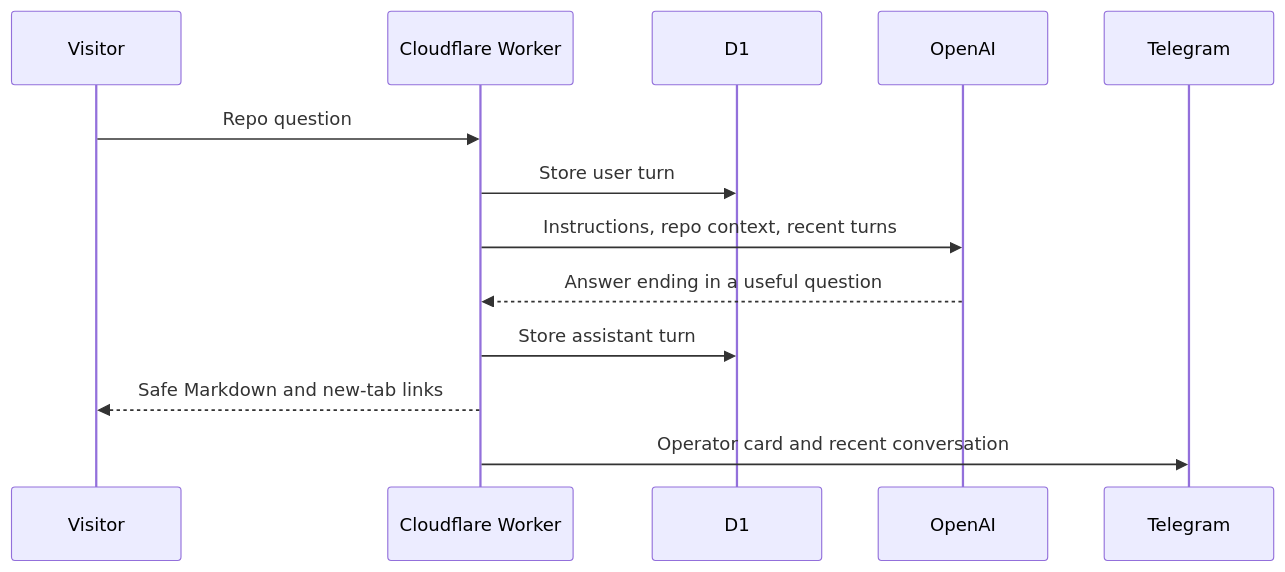
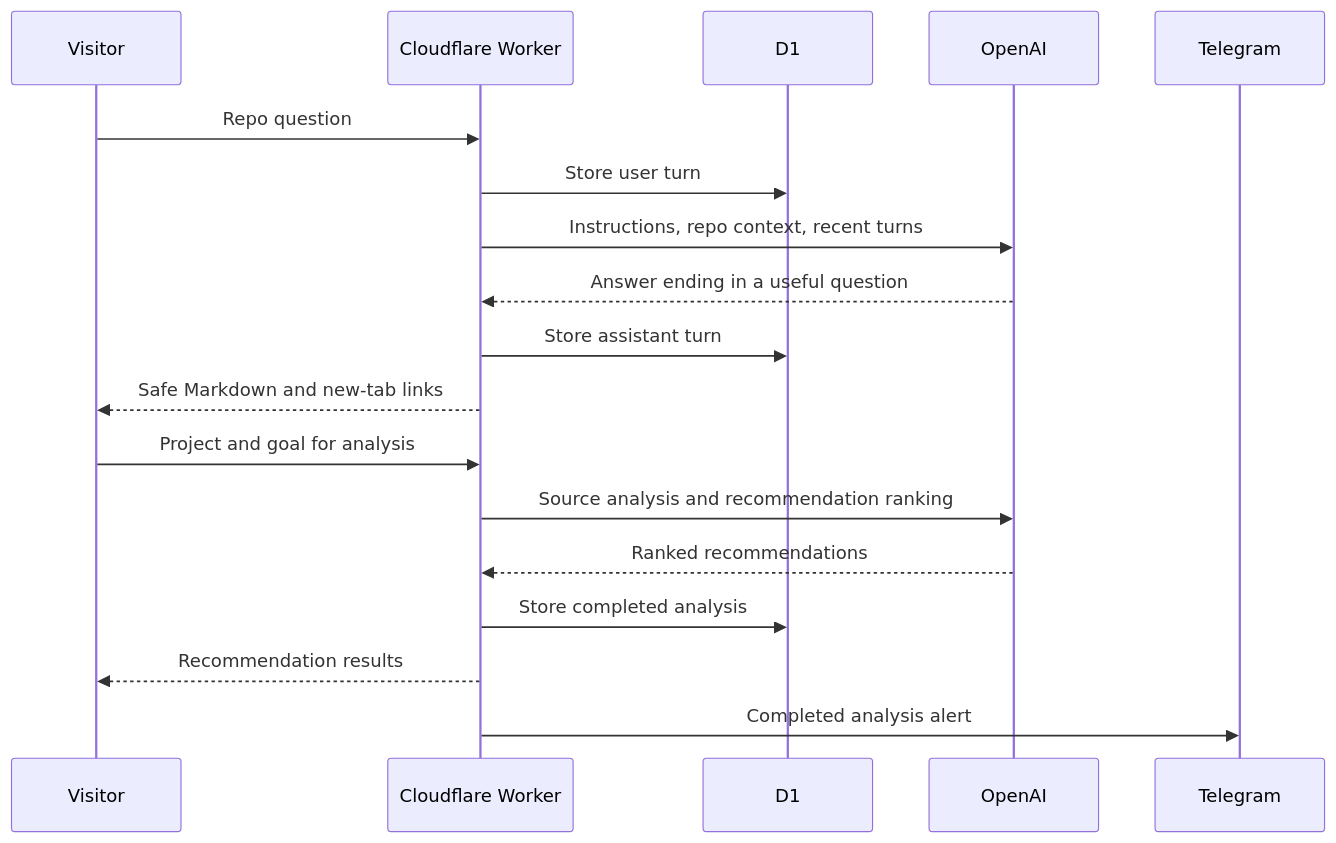
The third of 3 diagrams in docs/architecture.md (motozero/repofinder.io), drawn with Mermaid before and after one commit. The commit also changed other lines of this file and 13 other files, not shown here.

````diff
--- a/docs/architecture.md
+++ b/docs/architecture.md
@@ -54,15 +54,20 @@
 ```mermaid
 sequenceDiagram
   participant V as Visitor
   participant W as Cloudflare Worker
   participant D as D1
   participant O as OpenAI
   participant T as Telegram
   V->>W: Repo question
   W->>D: Store user turn
   W->>O: Instructions, repo context, recent turns
   O-->>W: Answer ending in a useful question
   W->>D: Store assistant turn
   W-->>V: Safe Markdown and new-tab links
-  W->>T: Operator card and recent conversation
+  V->>W: Project and goal for analysis
+  W->>O: Source analysis and recommendation ranking
+  O-->>W: Ranked recommendations
+  W->>D: Store completed analysis
+  W-->>V: Recommendation results
+  W->>T: Completed analysis alert
 ```
````
